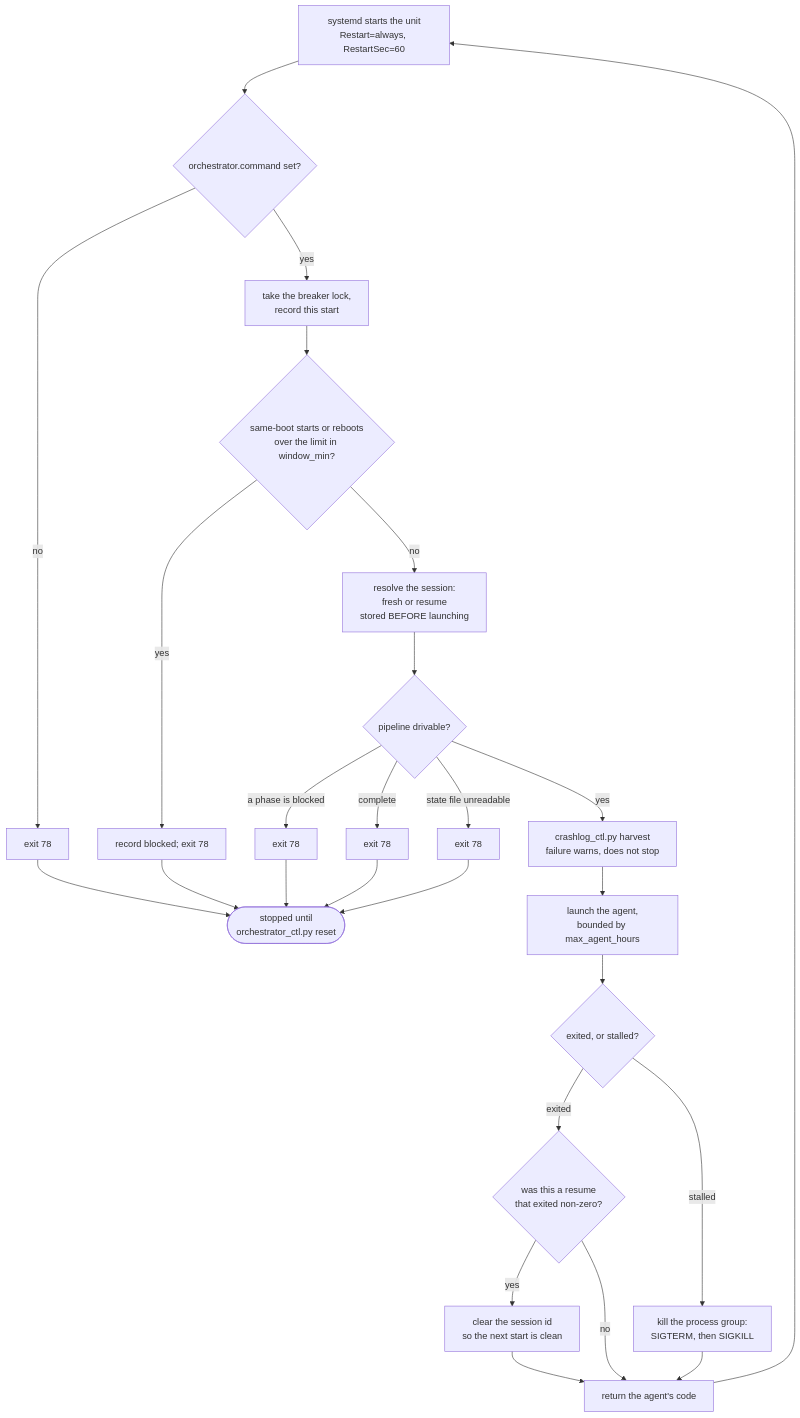
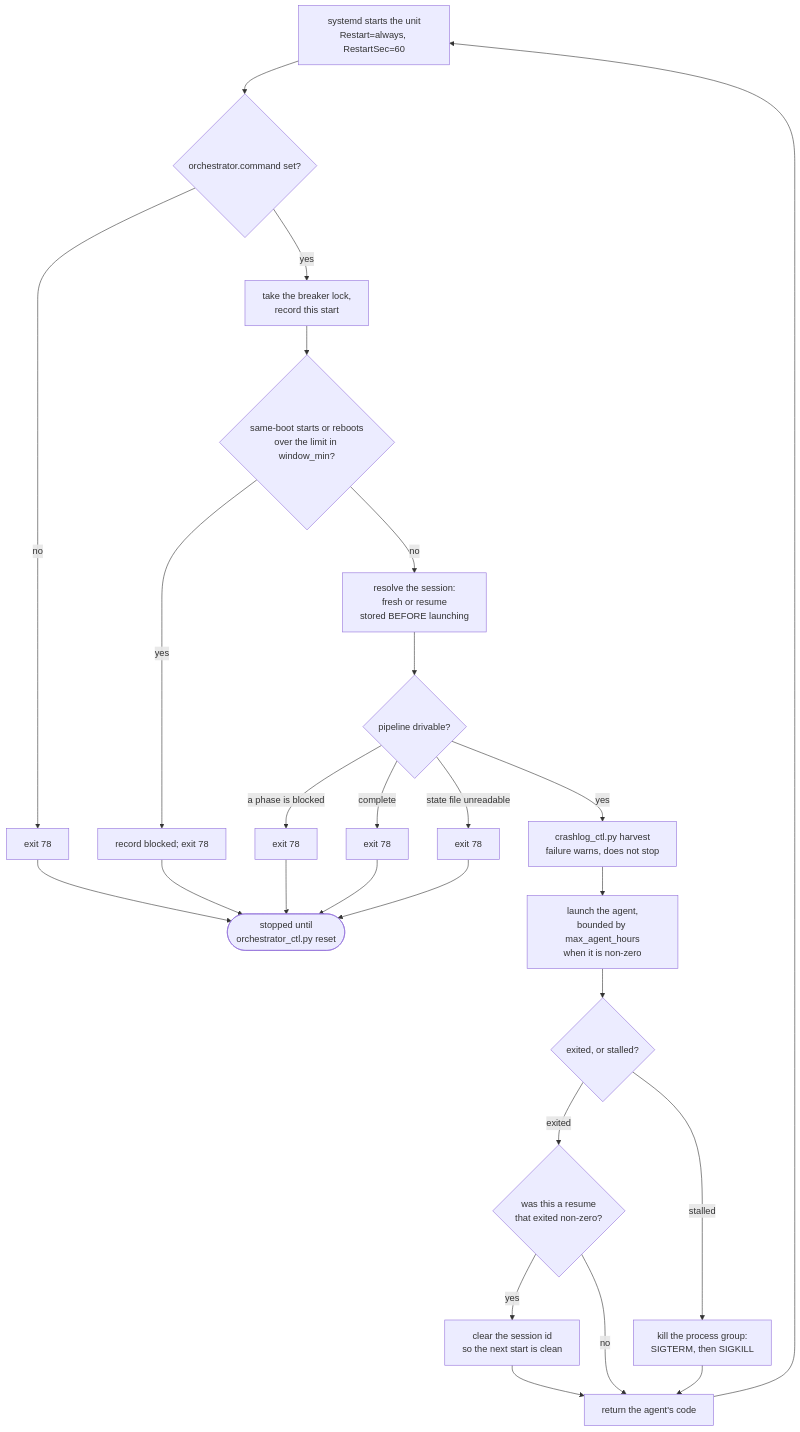
Before and after one commit to Indspl0it/gspwn: the sixth of 10 diagrams in docs/src/content/docs/architecture/loops.md, drawn with Mermaid. The commit also changed other lines of this file and 129 other files, not shown here.

````diff
--- a/docs/src/content/docs/architecture/loops.md
+++ b/docs/src/content/docs/architecture/loops.md
@@ -269,28 +274,28 @@
 ```mermaid
 flowchart TB
   S["systemd starts the unit<br/>Restart=always, RestartSec=60"] --> CMD{"orchestrator.command set?"}
   CMD -->|no| X1["exit 78"]
   CMD -->|yes| LK["take the breaker lock,<br/>record this start"]
   LK --> BRK{"same-boot starts or reboots<br/>over the limit in window_min?"}
   BRK -->|yes| BLK["record blocked; exit 78"]
   BRK -->|no| SESS["resolve the session:<br/>fresh or resume<br/>stored BEFORE launching"]
   SESS --> PIPE{"pipeline drivable?"}
   PIPE -->|"a phase is blocked"| X2["exit 78"]
   PIPE -->|"complete"| X3["exit 78"]
   PIPE -->|"state file unreadable"| X4["exit 78"]
   PIPE -->|yes| HAR["crashlog_ctl.py harvest<br/>failure warns, does not stop"]
-  HAR --> LAUNCH["launch the agent,<br/>bounded by max_agent_hours"]
+  HAR --> LAUNCH["launch the agent,<br/>bounded by max_agent_hours<br/>when it is non-zero"]
   LAUNCH --> WAIT{"exited, or stalled?"}
   WAIT -->|exited| RES{"was this a resume<br/>that exited non-zero?"}
   WAIT -->|stalled| KILL["kill the process group:<br/>SIGTERM, then SIGKILL"]
   RES -->|yes| CLR["clear the session id<br/>so the next start is clean"]
   RES -->|no| RET["return the agent's code"]
   KILL --> RET
   CLR --> RET
   RET --> S
   BLK --> STOPPED(["stopped until<br/>orchestrator_ctl.py reset"])
   X1 --> STOPPED
   X2 --> STOPPED
   X3 --> STOPPED
   X4 --> STOPPED
 ```
````
